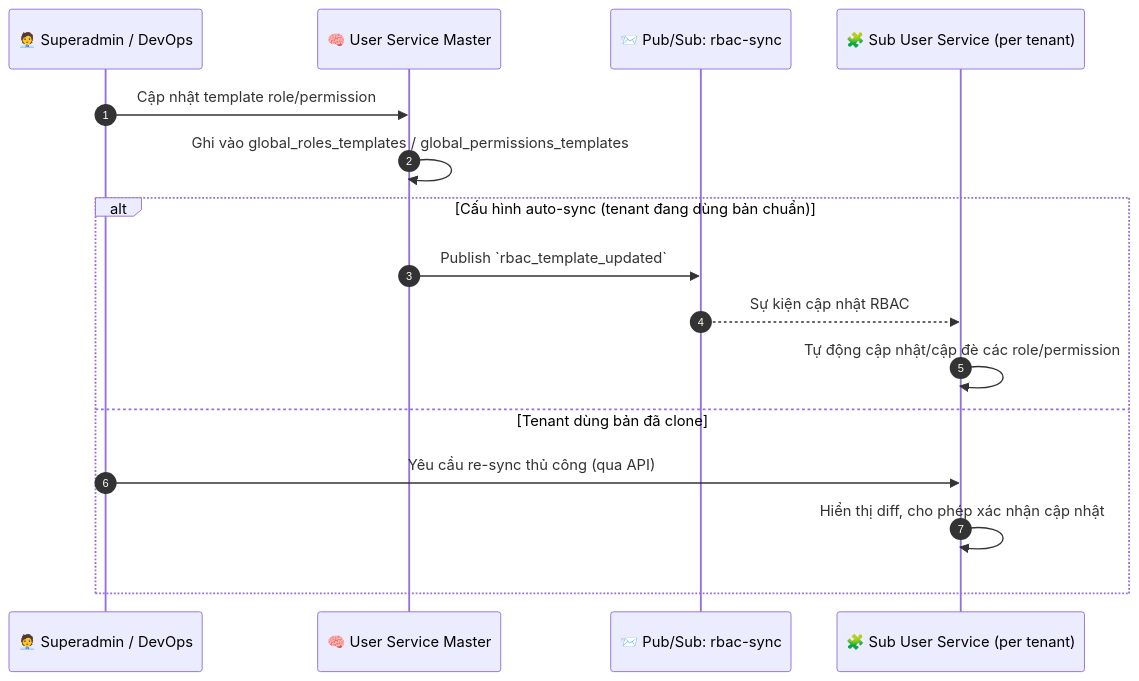
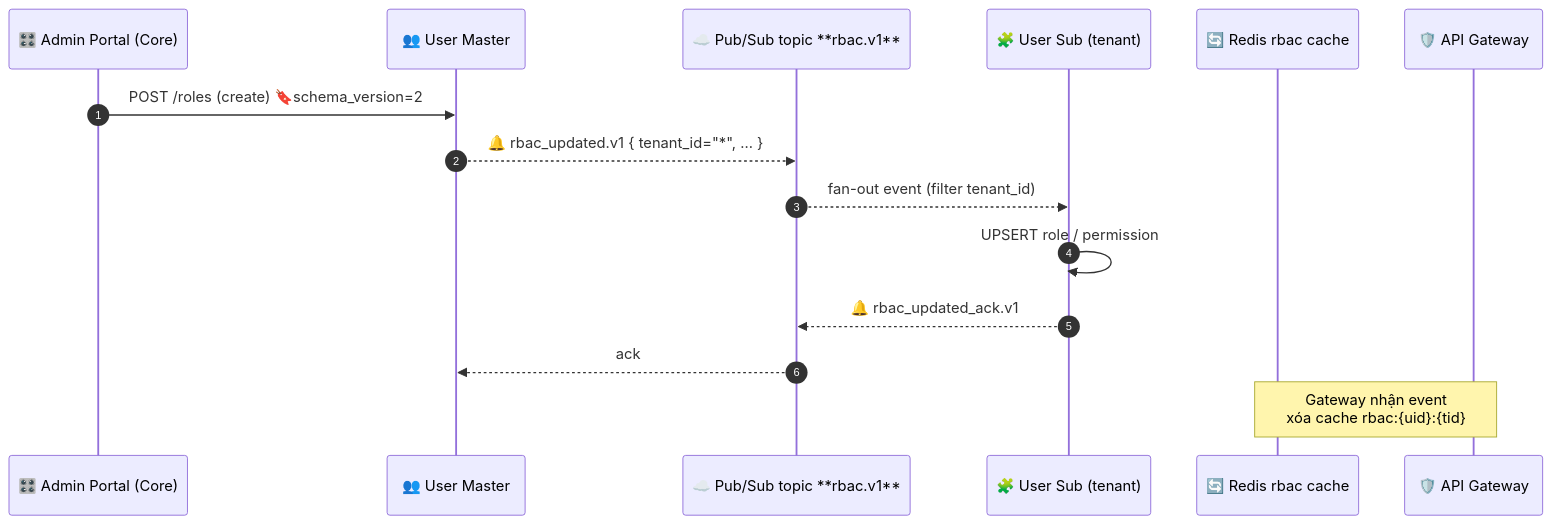
Before and after one commit to ezdesign-vn/dx-vas: the seventh of 10 diagrams in docs/architecture/system-diagrams.md, drawn with Mermaid. The commit also changed other lines of this file, not shown here.

````diff
--- a/docs/architecture/system-diagrams.md
+++ b/docs/architecture/system-diagrams.md
@@ -448,20 +567,19 @@
 ```mermaid
 sequenceDiagram
     autonumber
-    participant Admin as 🧑‍💼 Superadmin / DevOps
-    participant Master as 🧠 User Service Master
-    participant PubSub as 📨 Pub/Sub: rbac-sync
-    participant SubUser as 🧩 Sub User Service (per tenant)
+    participant Admin as 🎛️ Admin Portal (Core)
+    participant UserM as 👥 User Master
+    participant PubSub as ☁️ Pub/Sub topic **rbac.v1**
+    participant UserSub as 🧩 User Sub (tenant)
+    participant RedisRBAC as 🔄 Redis rbac cache
+    participant APIGW as 🛡️ API Gateway
 
-    Admin->>Master: Cập nhật template role/permission
-    Master->>Master: Ghi vào global_roles_templates / global_permissions_templates
+    Admin->>UserM: POST /roles (create) 🔖schema_version=2
+    UserM-->>PubSub: 🔔 rbac_updated.v1 { tenant_id="*", ... }
+    PubSub-->>UserSub: fan-out event (filter tenant_id)
+    UserSub->>UserSub: UPSERT role / permission
+    UserSub-->>PubSub: 🔔 rbac_updated_ack.v1
+    PubSub-->>UserM: ack
 
-    alt Cấu hình auto-sync (tenant đang dùng bản chuẩn)
-        Master->>PubSub: Publish `rbac_template_updated`
-        PubSub-->>SubUser: Sự kiện cập nhật RBAC
-        SubUser->>SubUser: Tự động cập nhật/cập đè các role/permission
-    else Tenant dùng bản đã clone
-        Admin->>SubUser: Yêu cầu re-sync thủ công (qua API)
-        SubUser->>SubUser: Hiển thị diff, cho phép xác nhận cập nhật
-    end
+    Note over APIGW,RedisRBAC: Gateway nhận event<br/>xóa cache rbac:{uid}:{tid}
 ```
````
